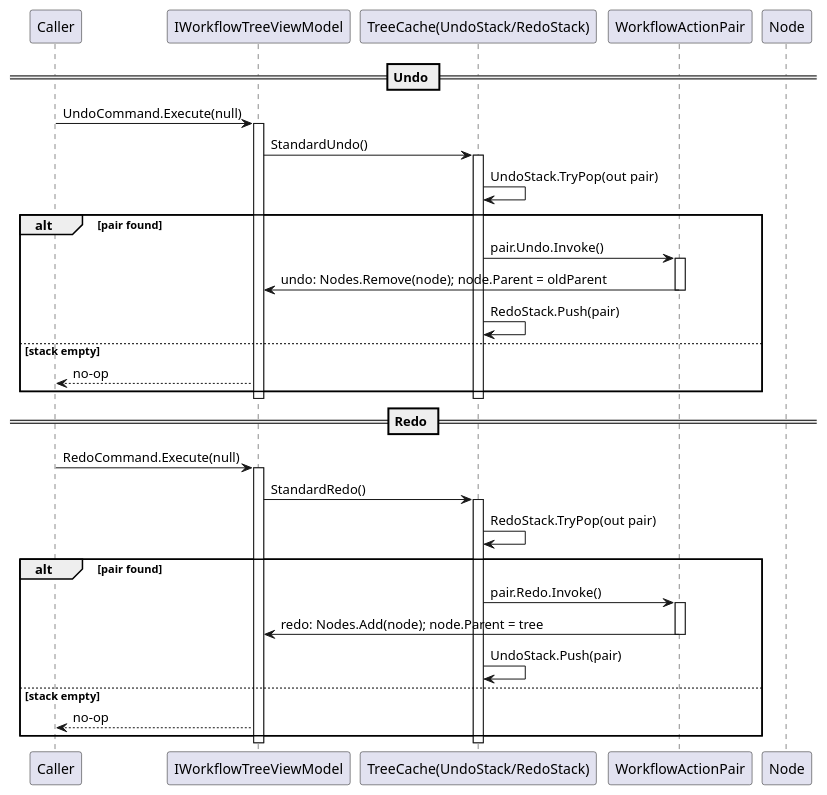
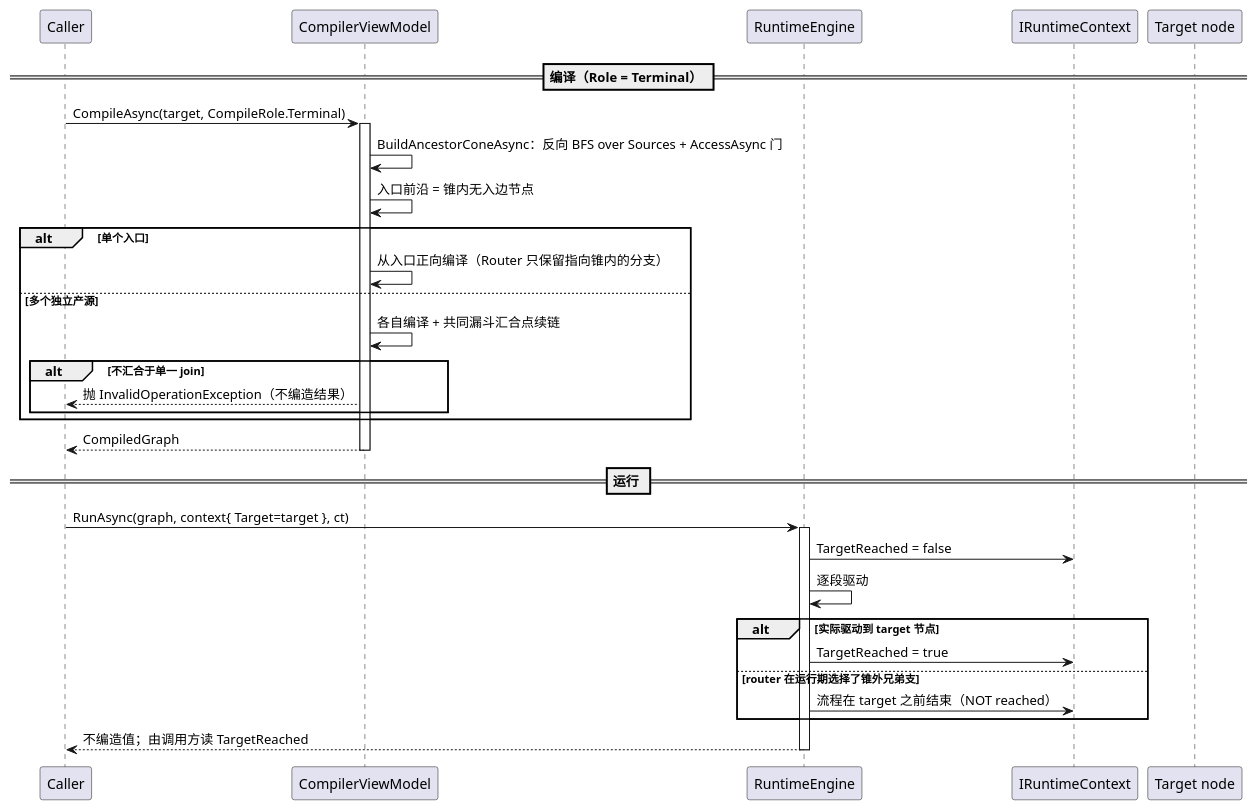
Before and after one commit to Axvser/VeloxDev.Docs: the fifth of 8 diagrams in src/CloudGlyph/Assets/Docs/content/zh/3_SE分析/03_数据流分析/00_工作流系统/index.md, drawn with PlantUML. The commit also changed other lines of this file and 443 other files, not shown here.

````diff
--- a/src/CloudGlyph/Assets/Docs/content/zh/3_SE分析/03_数据流分析/00_工作流系统/index.md
+++ b/src/CloudGlyph/Assets/Docs/content/zh/3_SE分析/03_数据流分析/00_工作流系统/index.md
@@ -123,45 +190,38 @@
 ```plantuml
 @startuml
-    participant Caller
-participant "IWorkflowTreeViewModel" as Tree
-participant "TreeCache(UndoStack/RedoStack)" as Cache
-participant "WorkflowActionPair" as Pair
-    participant Node as IWorkflowNodeViewModel
+participant Caller
+participant "CompilerViewModel" as Compiler
+participant "RuntimeEngine" as Engine
+participant "IRuntimeContext" as Ctx
+participant "Target node" as Target
 
-    == Undo ==
-    Caller -> Tree: UndoCommand.Execute(null)
-    activate Tree
-    Tree -> Cache: StandardUndo()
-    activate Cache
-    Cache -> Cache: UndoStack.TryPop(out pair)
-    alt pair found
-        Cache -> Pair: pair.Undo.Invoke()
-        activate Pair
-        Pair -> Tree: undo: Nodes.Remove(node); node.Parent = oldParent
-        deactivate Pair
-        Cache -> Cache: RedoStack.Push(pair)
-    else stack empty
-        Tree --> Caller: no-op
+    == 编译（Role = Terminal） ==
+    Caller -> Compiler: CompileAsync(target, CompileRole.Terminal)
+    activate Compiler
+    Compiler -> Compiler: BuildAncestorConeAsync：反向 BFS over Sources + AccessAsync 门
+    Compiler -> Compiler: 入口前沿 = 锥内无入边节点
+    alt 单个入口
+        Compiler -> Compiler: 从入口正向编译（Router 只保留指向锥内的分支）
+    else 多个独立产源
+        Compiler -> Compiler: 各自编译 + 共同漏斗汇合点续链
+        alt 不汇合于单一 join
+            Compiler --> Caller: 抛 InvalidOperationException（不编造结果）
+        end
     end
-    deactivate Cache
-    deactivate Tree
+    Compiler --> Caller: CompiledGraph
+    deactivate Compiler
 
-    == Redo ==
-    Caller -> Tree: RedoCommand.Execute(null)
-    activate Tree
-    Tree -> Cache: StandardRedo()
-    activate Cache
-    Cache -> Cache: RedoStack.TryPop(out pair)
-    alt pair found
-        Cache -> Pair: pair.Redo.Invoke()
-        activate Pair
-        Pair -> Tree: redo: Nodes.Add(node); node.Parent = tree
-        deactivate Pair
-        Cache -> Cache: UndoStack.Push(pair)
-    else stack empty
-        Tree --> Caller: no-op
+    == 运行 ==
+    Caller -> Engine: RunAsync(graph, context{ Target=target }, ct)
+    activate Engine
+    Engine -> Ctx: TargetReached = false
+    Engine -> Engine: 逐段驱动
+    alt 实际驱动到 target 节点
+        Engine -> Ctx: TargetReached = true
+    else router 在运行期选择了锥外兄弟支
+        Engine -> Ctx: 流程在 target 之前结束（NOT reached）
     end
-    deactivate Cache
-    deactivate Tree
+    Engine --> Caller: 不编造值；由调用方读 TargetReached
+    deactivate Engine
 @enduml
 ```
````
